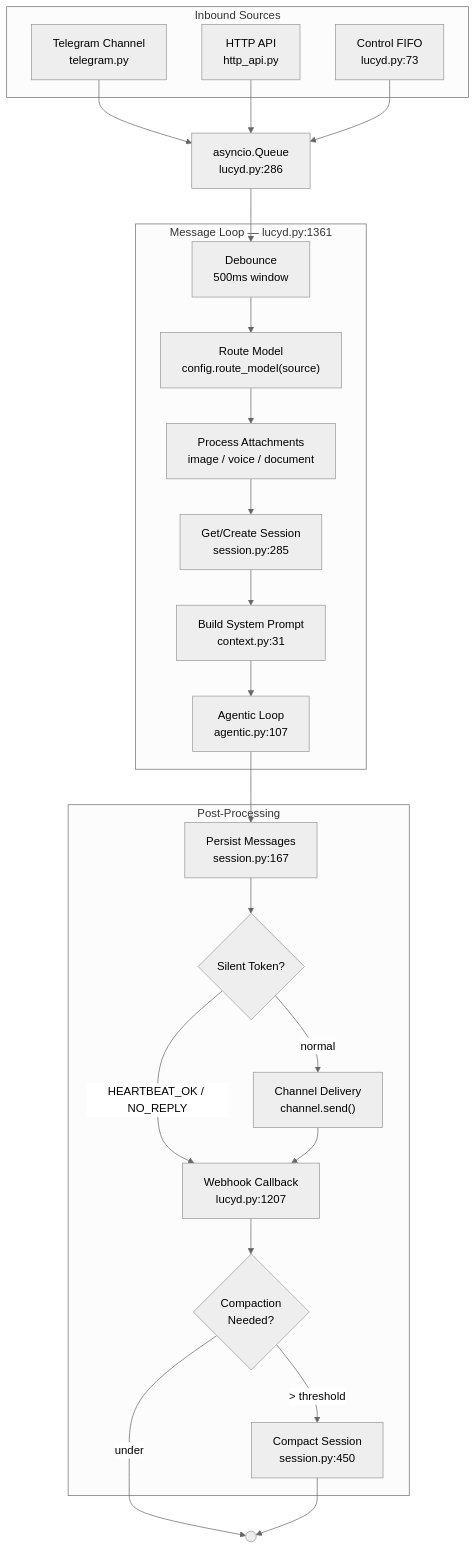
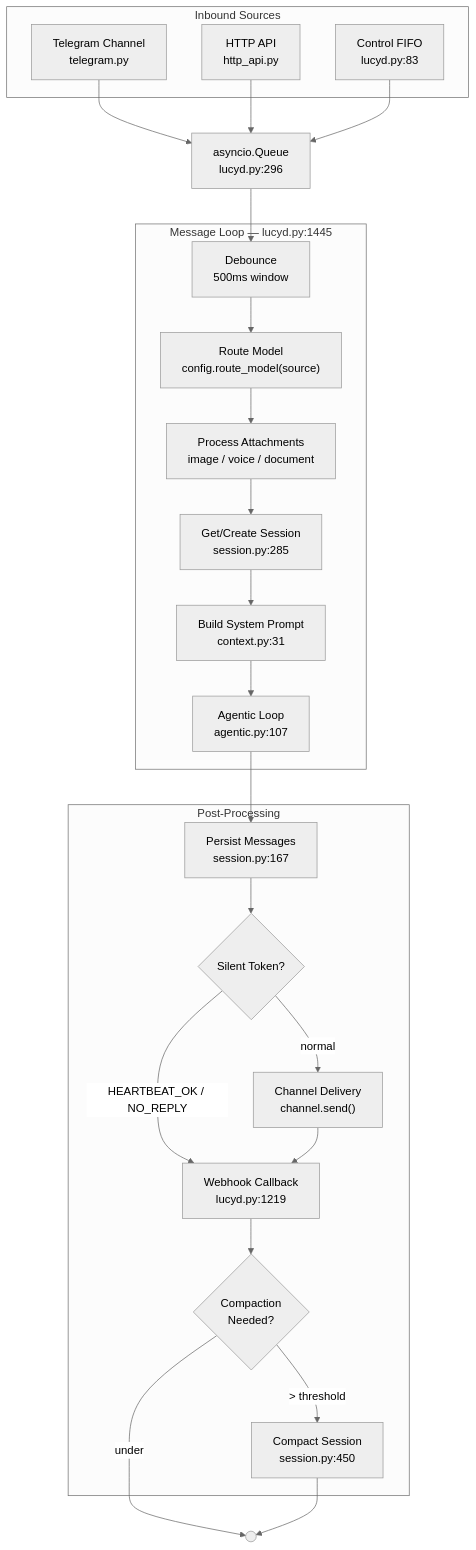
One commit to nicolasforstinger/lucyd changed the first of 8 diagrams in docs/diagrams.md. Above: the diagram before and after it, drawn with Mermaid (neutral theme). The commit also changed other lines of this file, not shown here.

Commit message:
docs: sync diagrams with cycle 9 line numbers and new HTTP endpoints

````diff
--- a/docs/diagrams.md
+++ b/docs/diagrams.md
@@ -11,40 +11,40 @@
 ```mermaid
 flowchart TD
     subgraph Sources["Inbound Sources"]
         TG["Telegram Channel<br/>telegram.py"]
         HTTP["HTTP API<br/>http_api.py"]
-        FIFO["Control FIFO<br/>lucyd.py:73"]
+        FIFO["Control FIFO<br/>lucyd.py:83"]
     end
 
-    Q["asyncio.Queue<br/>lucyd.py:286"]
+    Q["asyncio.Queue<br/>lucyd.py:296"]
 
-    subgraph Loop["Message Loop — lucyd.py:1361"]
+    subgraph Loop["Message Loop — lucyd.py:1445"]
         DEB["Debounce<br/>500ms window"]
         ROUTE["Route Model<br/>config.route_model(source)"]
         MEDIA["Process Attachments<br/>image / voice / document"]
         SESSION["Get/Create Session<br/>session.py:285"]
         CTX["Build System Prompt<br/>context.py:31"]
         AGENTIC["Agentic Loop<br/>agentic.py:107"]
     end
 
     subgraph Post["Post-Processing"]
         PERSIST["Persist Messages<br/>session.py:167"]
         SILENT{"Silent Token?"}
         DELIVER["Channel Delivery<br/>channel.send()"]
-        WEBHOOK["Webhook Callback<br/>lucyd.py:1207"]
+        WEBHOOK["Webhook Callback<br/>lucyd.py:1219"]
         COMPACT{"Compaction<br/>Needed?"}
         DO_COMPACT["Compact Session<br/>session.py:450"]
     end
 
     TG --> Q
     HTTP --> Q
     FIFO --> Q
     Q --> DEB --> ROUTE --> MEDIA --> SESSION --> CTX --> AGENTIC
     AGENTIC --> PERSIST --> SILENT
     SILENT -->|"HEARTBEAT_OK / NO_REPLY"| WEBHOOK
     SILENT -->|normal| DELIVER --> WEBHOOK
     WEBHOOK --> COMPACT
     COMPACT -->|"> threshold"| DO_COMPACT
     COMPACT -->|under| END(( ))
     DO_COMPACT --> END
 ```
````
